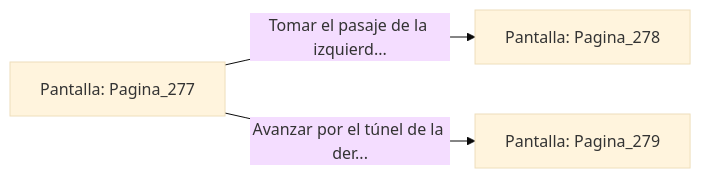
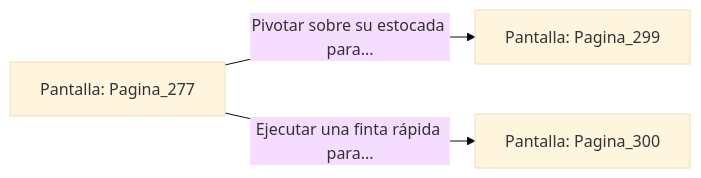
The diagram in sample/eligejuego-vault/Pantalla_Pagina_277.md (metsuke/mpl), drawn with Mermaid (base theme) before and after one commit. The commit also changed other lines of this file and 635 other files, not shown here.

First line of the commit message:
fix: añadir Pagina_1 como pantalla inicial en capitulo_01.mpl

````diff
--- a/sample/eligejuego-vault/Pantalla_Pagina_277.md
+++ b/sample/eligejuego-vault/Pantalla_Pagina_277.md
@@ -20,6 +24,6 @@
 ```mermaid
 graph LR
     P_Pagina_277["Pantalla: Pagina_277"]
-    P_Pagina_277 -->|"Tomar el pasaje de la izquierd..."| P_Pagina_278["Pantalla: Pagina_278"]
-    P_Pagina_277 -->|"Avanzar por el túnel de la der..."| P_Pagina_279["Pantalla: Pagina_279"]
+    P_Pagina_277 -->|"Pivotar sobre su estocada para..."| P_Pagina_299["Pantalla: Pagina_299"]
+    P_Pagina_277 -->|"Ejecutar una finta rápida para..."| P_Pagina_300["Pantalla: Pagina_300"]
 ```
````
